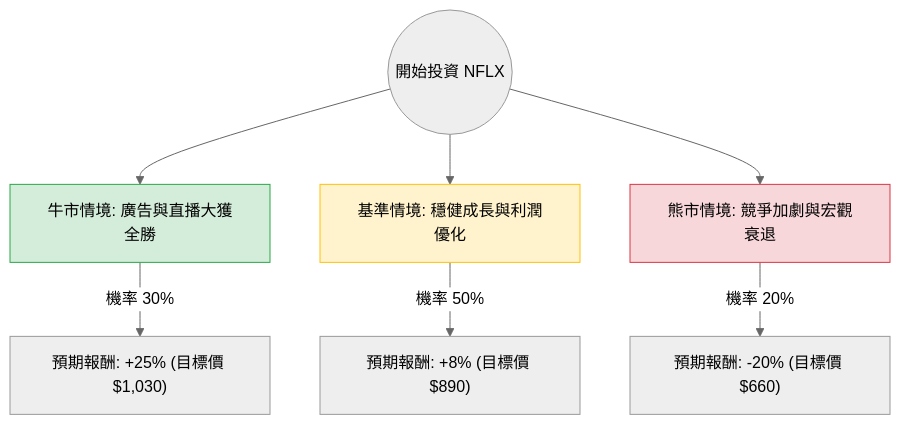
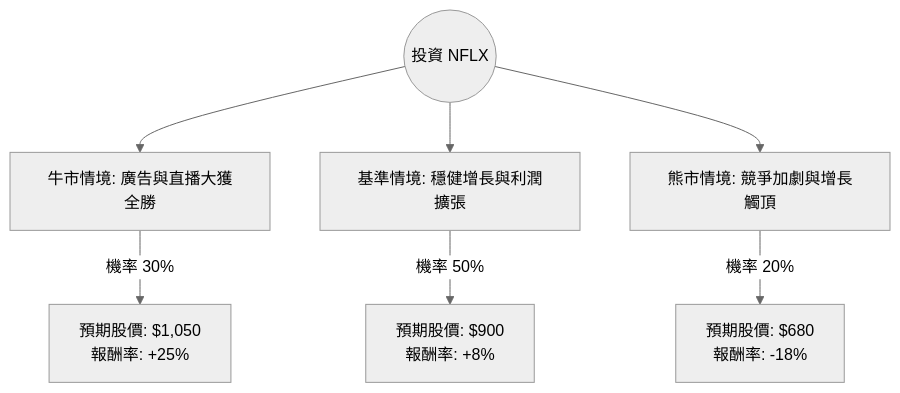
One commit to zmcx16/zmcx16.github.io changed the diagram in plugin-react/ai-analysis/ev-analysis/NFLX.md. Above: the diagram before and after it, drawn with Mermaid (neutral theme). The commit also changed other lines of this file and 81 other files, not shown here.

````diff
--- a/plugin-react/ai-analysis/ev-analysis/NFLX.md
+++ b/plugin-react/ai-analysis/ev-analysis/NFLX.md
@@ -22,14 +20,10 @@
 ```mermaid
 graph TD
-    Start((開始投資 NFLX)) --> Bull[牛市情境: 廣告與直播大獲全勝]
-    Start --> Base[基準情境: 穩健成長與利潤優化]
-    Start --> Bear[熊市情境: 競爭加劇與宏觀衰退]
+    Start((投資 NFLX)) --> Bull[牛市情境: 廣告與直播大獲全勝]
+    Start --> Base[基準情境: 穩健增長與利潤擴張]
+    Start --> Bear[熊市情境: 競爭加劇與增長觸頂]
 
-    Bull -- "機率 30%" --> BullVal["預期報酬: +25% (目標價 $1,030)"]
-    Base -- "機率 50%" --> BaseVal["預期報酬: +8% (目標價 $890)"]
-    Bear -- "機率 20%" --> BearVal["預期報酬: -20% (目標價 $660)"]
-
-    style Bull fill:#d4edda,stroke:#28a745
-    style Base fill:#fff3cd,stroke:#ffc107
-    style Bear fill:#f8d7da,stroke:#dc3545
+    Bull -- "機率 30%" --> BullVal["預期股價: $1,050 <br/> 報酬率: +25%"]
+    Base -- "機率 50%" --> BaseVal["預期股價: $900 <br/> 報酬率: +8%"]
+    Bear -- "機率 20%" --> BearVal["預期股價: $680 <br/> 報酬率: -18%"]
 ```
````
